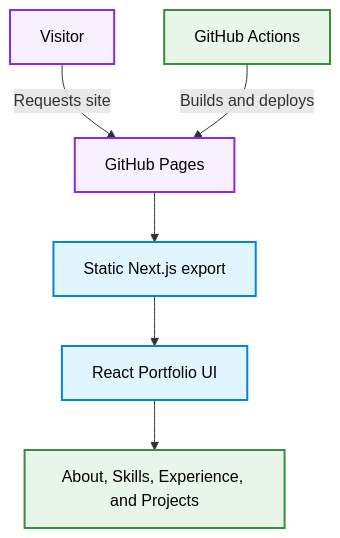
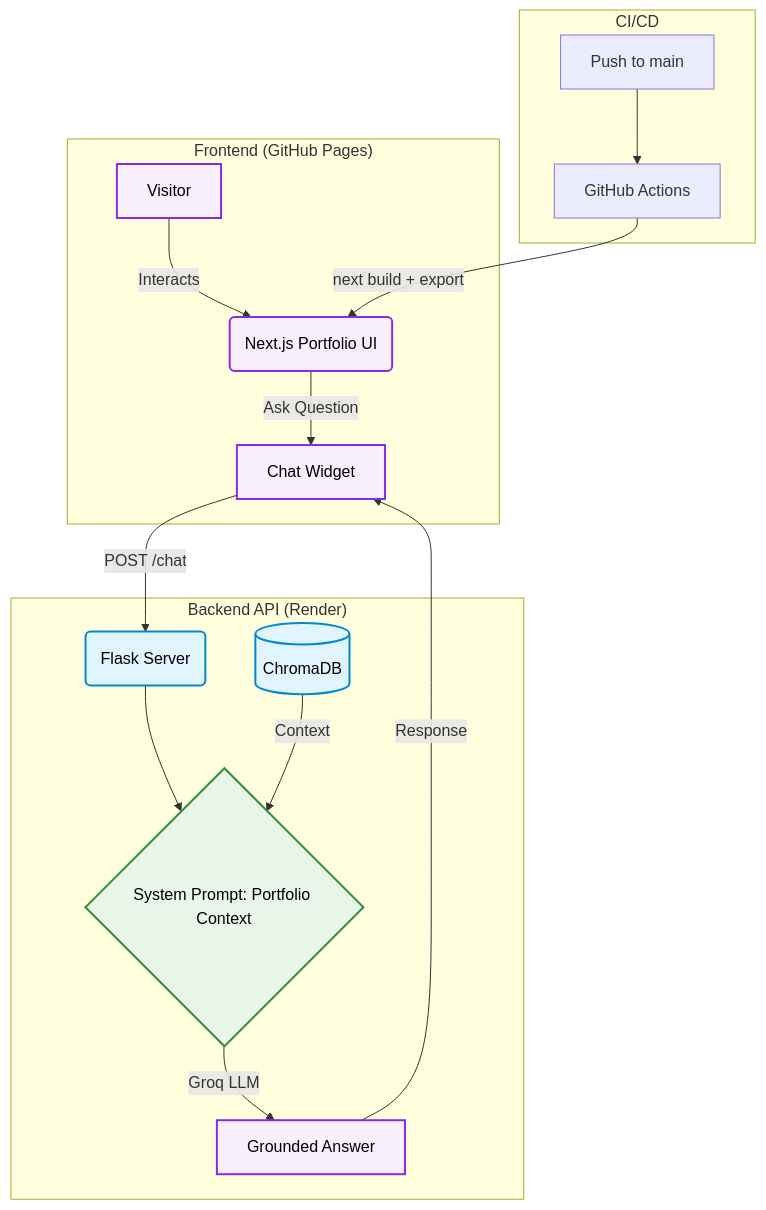
One commit to Shashank17singh/shashank17singh.github.io changed the diagram in README.md. Above: the diagram before and after it, drawn with Mermaid. The commit also changed other lines of this file, not shown here.

````diff
--- a/README.md
+++ b/README.md
@@ -28,17 +28,28 @@
 ```mermaid
 graph TD
-    A[Visitor] -->|Requests site| B[GitHub Pages]
-    B --> C[Static Next.js export]
-    C --> D[React Portfolio UI]
-    D --> E[About, Skills, Experience, and Projects]
+    subgraph "Frontend (GitHub Pages)"
+    A[Visitor] -->|Interacts| B(Next.js Portfolio UI)
+    B -->|Ask Question| C[Chat Widget]
+    end
 
-    F[GitHub Actions] -->|Builds and deploys| B
+    subgraph "Backend API (Render)"
+    C -->|POST /chat| D(Flask Server)
+    D --> E{System Prompt: Portfolio Context}
+    F[(ChromaDB)] -->|Context| E
+    E -->|Groq LLM| G[Grounded Answer]
+    G -->|Response| C
+    end
+
+    subgraph "CI/CD"
+    H[Push to main] --> I[GitHub Actions]
+    I -->|next build + export| B
+    end
 
     classDef io fill:#f9f0ff,stroke:#8a2be2,stroke-width:2px,color:#000;
     classDef core fill:#e1f5fe,stroke:#0288d1,stroke-width:2px,color:#000;
     classDef logic fill:#e8f5e9,stroke:#388e3c,stroke-width:2px,color:#000;
 
-    class A,B io;
-    class C,D core;
-    class E,F logic;
+    class A,B,C,G io;
+    class D,F core;
+    class E logic;
 ```
````
